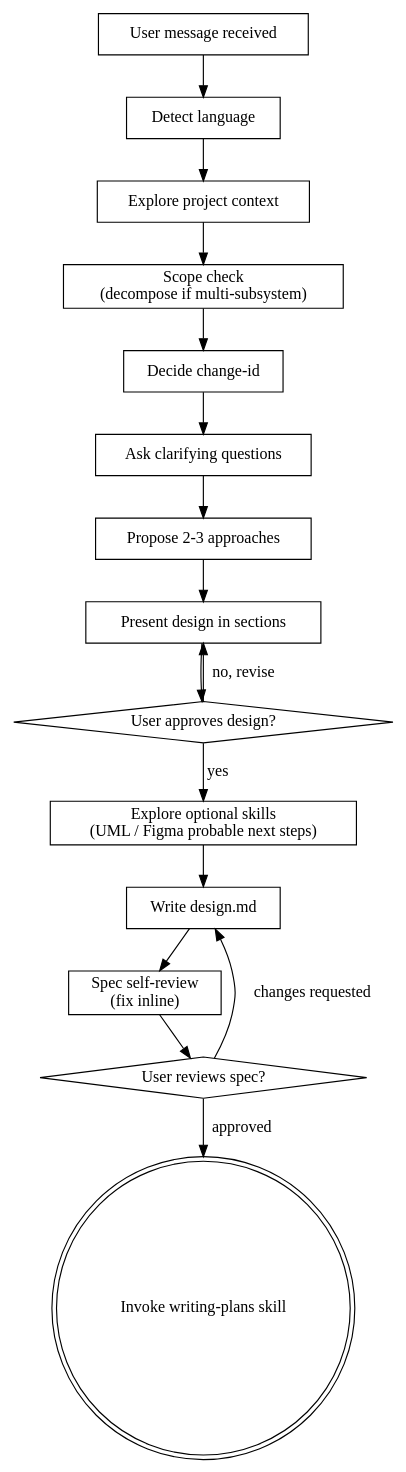
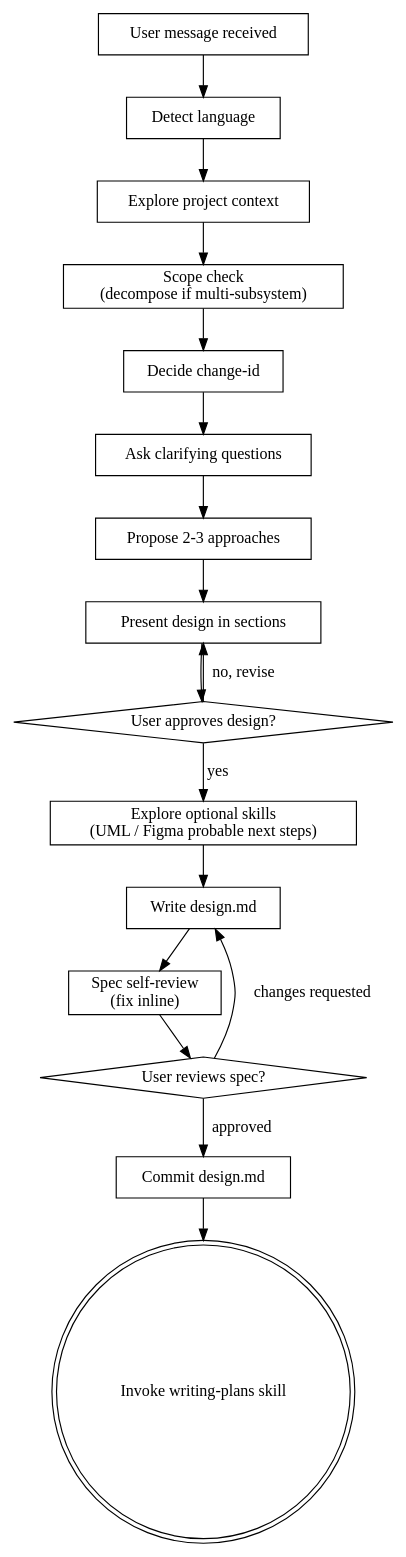
One commit to BIBIOTA/yuki-marketplace changed the diagram in plugins/spec-driven-dev/skills/brainstorming/SKILL.md. Above: the diagram before and after it, drawn with Graphviz. The commit also changed other lines of this file and 1 other file, not shown here.

Commit message:
fix: align commit ordering and self-review placement across skills

````diff
--- a/plugins/spec-driven-dev/skills/brainstorming/SKILL.md
+++ b/plugins/spec-driven-dev/skills/brainstorming/SKILL.md
@@ -46,36 +47,38 @@
 ```dot
 digraph brainstorming {
     rankdir=TB;
 
     "User message received" [shape=box];
     "Detect language" [shape=box];
     "Explore project context" [shape=box];
     "Scope check\n(decompose if multi-subsystem)" [shape=box];
     "Decide change-id" [shape=box];
     "Ask clarifying questions" [shape=box];
     "Propose 2-3 approaches" [shape=box];
     "Present design in sections" [shape=box];
     "User approves design?" [shape=diamond];
     "Explore optional skills\n(UML / Figma probable next steps)" [shape=box];
     "Write design.md" [shape=box];
     "Spec self-review\n(fix inline)" [shape=box];
     "User reviews spec?" [shape=diamond];
+    "Commit design.md" [shape=box];
     "Invoke writing-plans skill" [shape=doublecircle];
 
     "User message received" -> "Detect language";
     "Detect language" -> "Explore project context";
     "Explore project context" -> "Scope check\n(decompose if multi-subsystem)";
     "Scope check\n(decompose if multi-subsystem)" -> "Decide change-id";
     "Decide change-id" -> "Ask clarifying questions";
     "Ask clarifying questions" -> "Propose 2-3 approaches";
     "Propose 2-3 approaches" -> "Present design in sections";
     "Present design in sections" -> "User approves design?";
     "User approves design?" -> "Present design in sections" [label="no, revise"];
     "User approves design?" -> "Explore optional skills\n(UML / Figma probable next steps)" [label="yes"];
     "Explore optional skills\n(UML / Figma probable next steps)" -> "Write design.md";
     "Write design.md" -> "Spec self-review\n(fix inline)";
     "Spec self-review\n(fix inline)" -> "User reviews spec?";
     "User reviews spec?" -> "Write design.md" [label="changes requested"];
-    "User reviews spec?" -> "Invoke writing-plans skill" [label="approved"];
+    "User reviews spec?" -> "Commit design.md" [label="approved"];
+    "Commit design.md" -> "Invoke writing-plans skill";
 }
 ```
````
